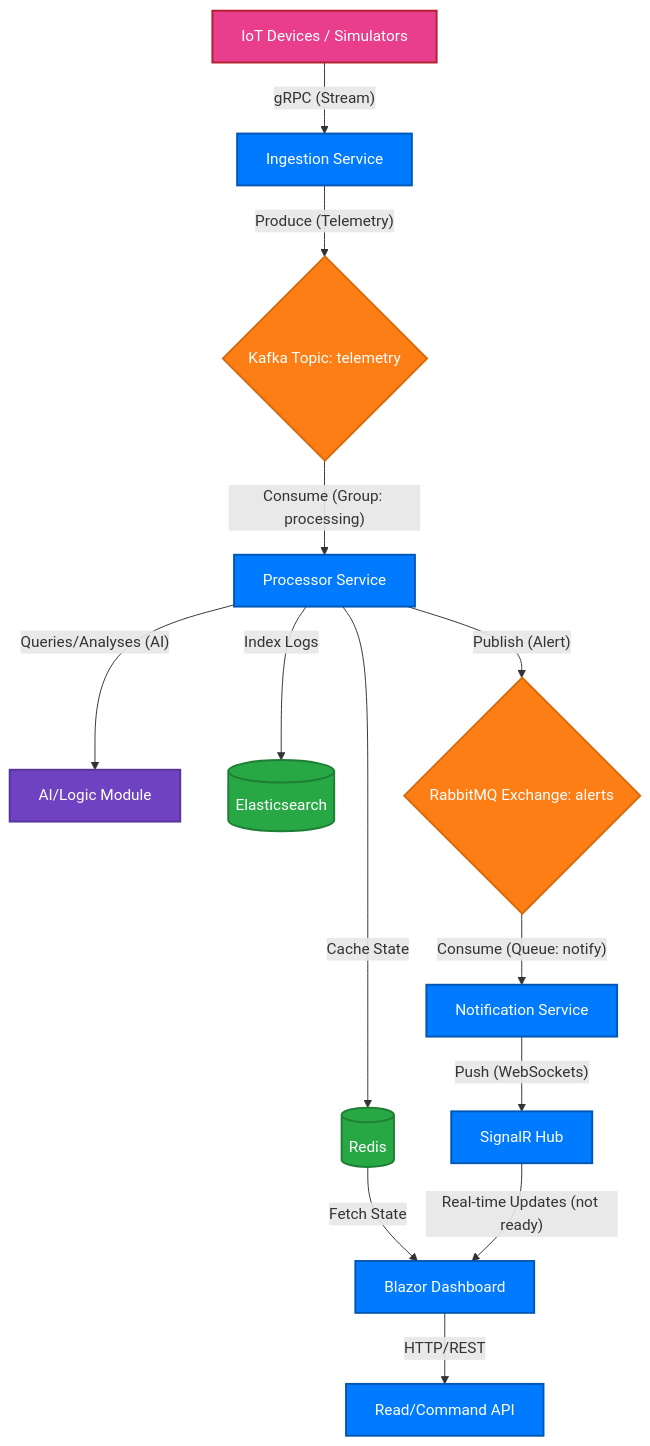
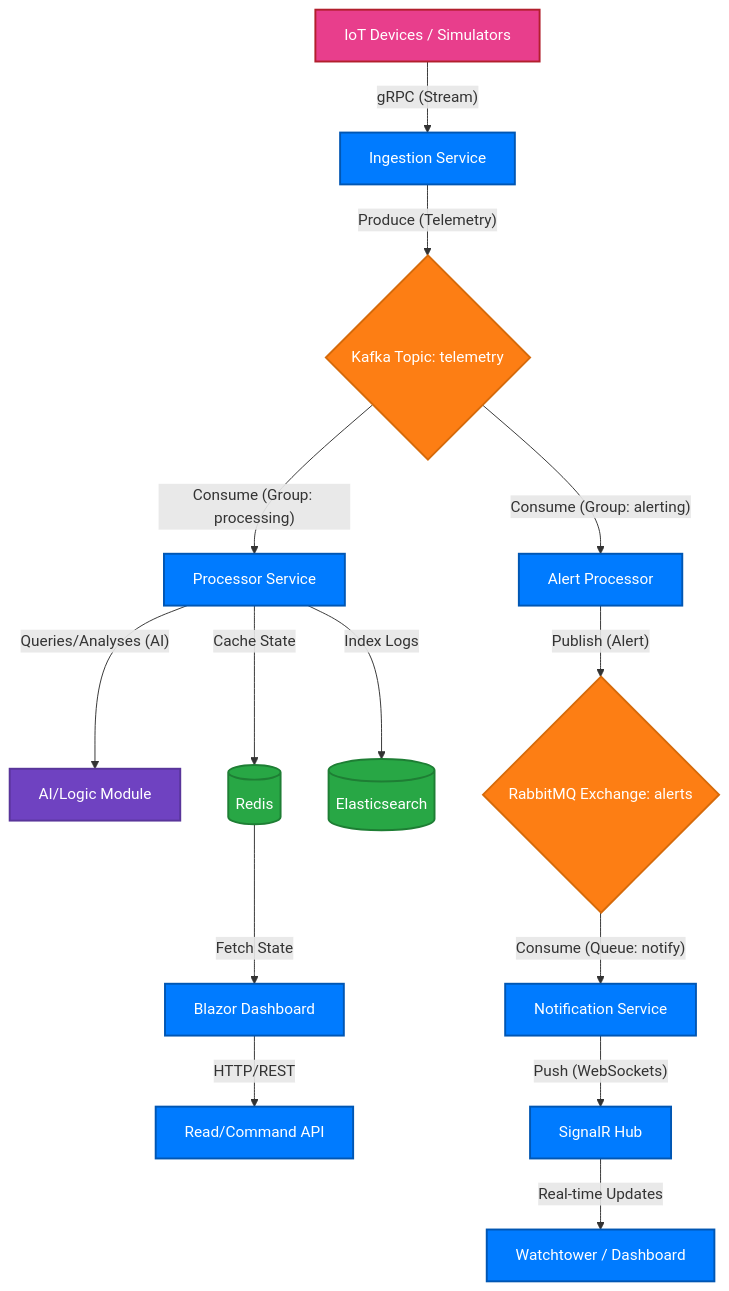
One commit to kahramanbayraktar/NexusSentinelNet8 changed the diagram in docs/architecture.md. Above: the diagram before and after it, drawn with Mermaid. The commit also changed other lines of this file and 83 other files, not shown here.

````diff
--- a/docs/architecture.md
+++ b/docs/architecture.md
@@ -35,41 +34,42 @@
 ```mermaid
 graph TD
     %% Clients
     IOT[IoT Devices / Simulators] -- gRPC (Stream) --> INGEST[Ingestion Service]
     
     %% Ingestion Layer
     INGEST -- "Produce (Telemetry)" --> KAFKA{Kafka Topic: telemetry}
     
     %% Processing Layer
     KAFKA -- "Consume (Group: processing)" --> PROC[Processor Service]
+    KAFKA -- "Consume (Group: alerting)" --> ALERT_PROC[Alert Processor]
     PROC -- "Queries/Analyses (AI)" --> AI_MOD[AI/Logic Module]
     
     %% Data Persistence & Caching
     PROC -- "Cache State" --> REDIS[(Redis)]
     PROC -- "Index Logs" --> ELASTIC[(Elasticsearch)]
     
-    %% alerting Path (Critical)
-    PROC -- "Publish (Alert)" --> RMQ{RabbitMQ Exchange: alerts}
+    %% Alerting Path (Critical)
+    ALERT_PROC -- "Publish (Alert)" --> RMQ{RabbitMQ Exchange: alerts}
     
     %% Notification Layer
     RMQ -- "Consume (Queue: notify)" --> NOTIFY[Notification Service]
     NOTIFY -- "Push (WebSockets)" --> SIGNALR[SignalR Hub]
     
     %% Frontend
     REDIS -- "Fetch State" --> DASH[Blazor Dashboard]
-    SIGNALR -- "Real-time Updates (not ready)" --> DASH
+    SIGNALR -- "Real-time Updates" --> WATCH[Watchtower / Dashboard]
     DASH -- "HTTP/REST" --> API[Read/Command API]
 
     %% Styles
     classDef service fill:#007bff,color:#fff,stroke:#0056b3,stroke-width:2px
     classDef broker fill:#fd7e14,color:#fff,stroke:#d66a0a,stroke-width:2px
     classDef db fill:#28a745,color:#fff,stroke:#1e7e34,stroke-width:2px
     classDef ai fill:#6f42c1,color:#fff,stroke:#59359a,stroke-width:2px
     classDef client fill:#e83e8c,color:#fff,stroke:#b21f2d,stroke-width:2px
 
-    class INGEST,PROC,NOTIFY,SIGNALR,DASH,API service
+    class INGEST,PROC,ALERT_PROC,NOTIFY,SIGNALR,DASH,WATCH,API service
     class KAFKA,RMQ broker
     class REDIS,ELASTIC db
     class AI_MOD ai
     class IOT client
 ```
````
